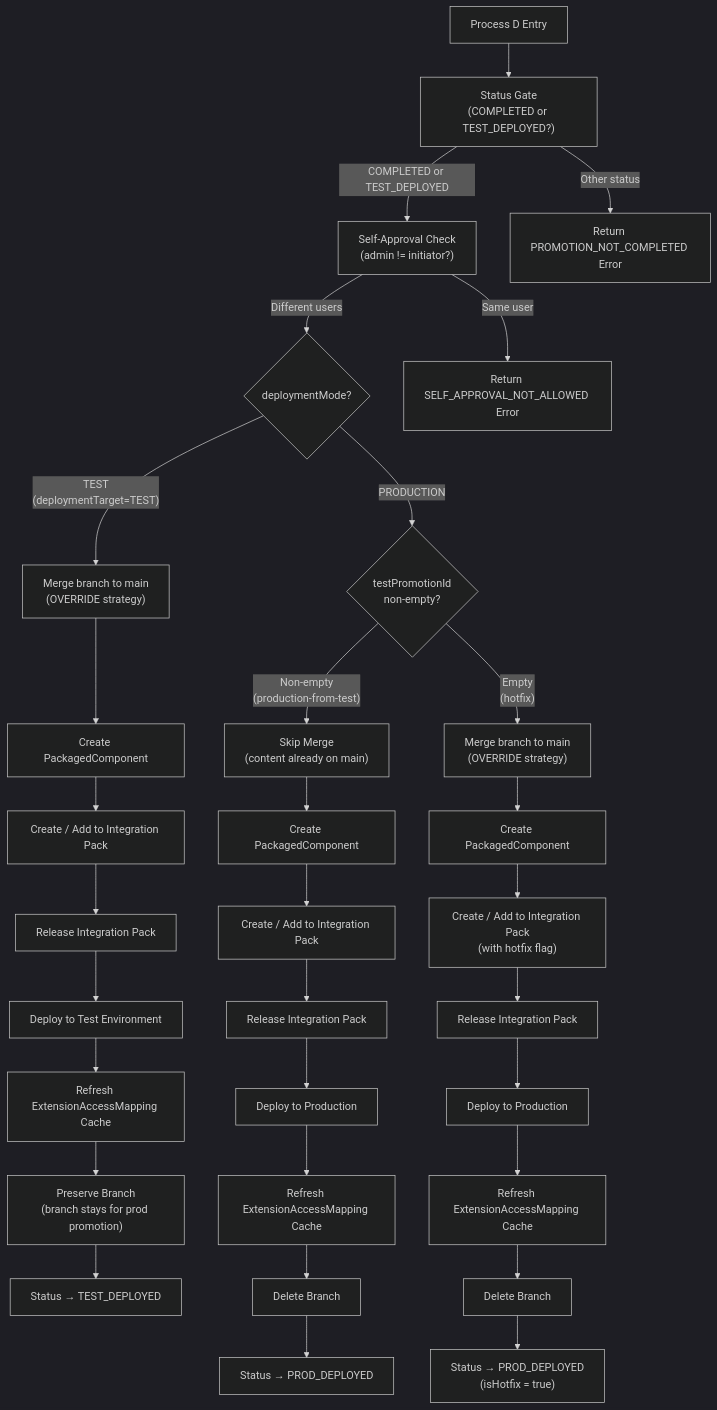
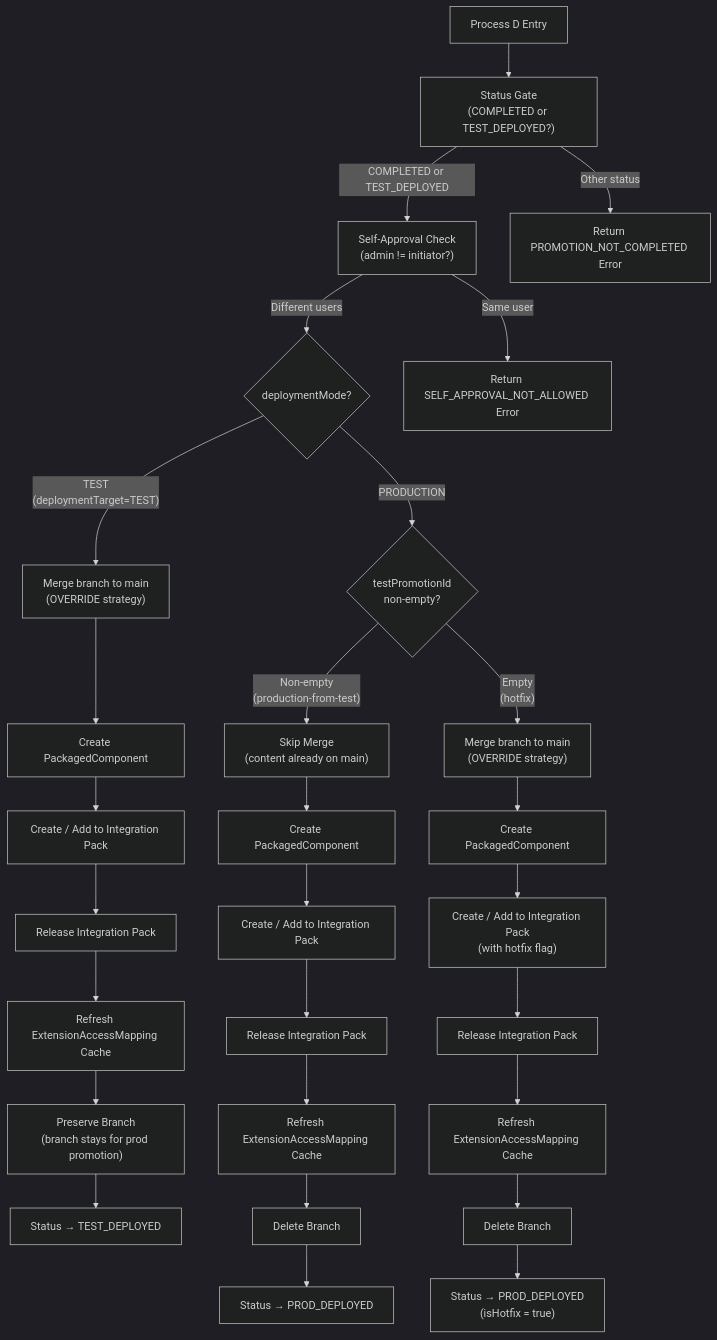
Before and after one commit to 7A9599F5/boomi-team-flow: the diagram in docs/build-guide/11-process-d-package-and-deploy.md, drawn with Mermaid (dark theme). The commit also changed other lines of this file and 6 other files, not shown here.

First line of the commit message:
feat(deployment): remove DeployedPackage, add releaseId tracking, update PromotionLog

````diff
--- a/docs/build-guide/11-process-d-package-and-deploy.md
+++ b/docs/build-guide/11-process-d-package-and-deploy.md
@@ -119,57 +116,54 @@
 ```mermaid
 flowchart TD
     entryNode["Process D Entry"]
     statusGate["Status Gate\n(COMPLETED or TEST_DEPLOYED?)"]
     selfCheck["Self-Approval Check\n(admin != initiator?)"]
     modeDecision{"deploymentMode?"}
     testPromotionCheck{"testPromotionId\nnon-empty?"}
 
     testMerge["Merge branch to main\n(OVERRIDE strategy)"]
     testPackage["Create PackagedComponent"]
     testPack["Create / Add to Integration Pack"]
     testRelease["Release Integration Pack"]
-    testDeploy["Deploy to Test Environment"]
     testCache["Refresh ExtensionAccessMapping Cache"]
     testBranchKeep["Preserve Branch\n(branch stays for prod promotion)"]
     testStatus["Status → TEST_DEPLOYED"]
 
     prodSkipMerge["Skip Merge\n(content already on main)"]
     prodPackage["Create PackagedComponent"]
     prodPack["Create / Add to Integration Pack"]
     prodRelease["Release Integration Pack"]
-    prodDeploy["Deploy to Production"]
     prodCache["Refresh ExtensionAccessMapping Cache"]
     prodBranchDel["Delete Branch"]
     prodStatus["Status → PROD_DEPLOYED"]
 
     hotfixMerge["Merge branch to main\n(OVERRIDE strategy)"]
     hotfixPackage["Create PackagedComponent"]
     hotfixPack["Create / Add to Integration Pack\n(with hotfix flag)"]
     hotfixRelease["Release Integration Pack"]
-    hotfixDeploy["Deploy to Production"]
     hotfixCache["Refresh ExtensionAccessMapping Cache"]
     hotfixBranchDel["Delete Branch"]
     hotfixStatus["Status → PROD_DEPLOYED\n(isHotfix = true)"]
 
     errStatus["Return PROMOTION_NOT_COMPLETED Error"]
     errSelf["Return SELF_APPROVAL_NOT_ALLOWED Error"]
 
     entryNode --> statusGate
     statusGate -->|"COMPLETED or TEST_DEPLOYED"| selfCheck
     statusGate -->|"Other status"| errStatus
 
     selfCheck -->|"Different users"| modeDecision
     selfCheck -->|"Same user"| errSelf
 
     modeDecision -->|"TEST\n(deploymentTarget=TEST)"| testMerge
     modeDecision -->|"PRODUCTION"| testPromotionCheck
 
     testPromotionCheck -->|"Non-empty\n(production-from-test)"| prodSkipMerge
     testPromotionCheck -->|"Empty\n(hotfix)"| hotfixMerge
 
-    testMerge --> testPackage --> testPack --> testRelease --> testDeploy --> testCache --> testBranchKeep --> testStatus
+    testMerge --> testPackage --> testPack --> testRelease --> testCache --> testBranchKeep --> testStatus
 
-    prodSkipMerge --> prodPackage --> prodPack --> prodRelease --> prodDeploy --> prodCache --> prodBranchDel --> prodStatus
+    prodSkipMerge --> prodPackage --> prodPack --> prodRelease --> prodCache --> prodBranchDel --> prodStatus
 
-    hotfixMerge --> hotfixPackage --> hotfixPack --> hotfixRelease --> hotfixDeploy --> hotfixCache --> hotfixBranchDel --> hotfixStatus
+    hotfixMerge --> hotfixPackage --> hotfixPack --> hotfixRelease --> hotfixCache --> hotfixBranchDel --> hotfixStatus
 ```
````
